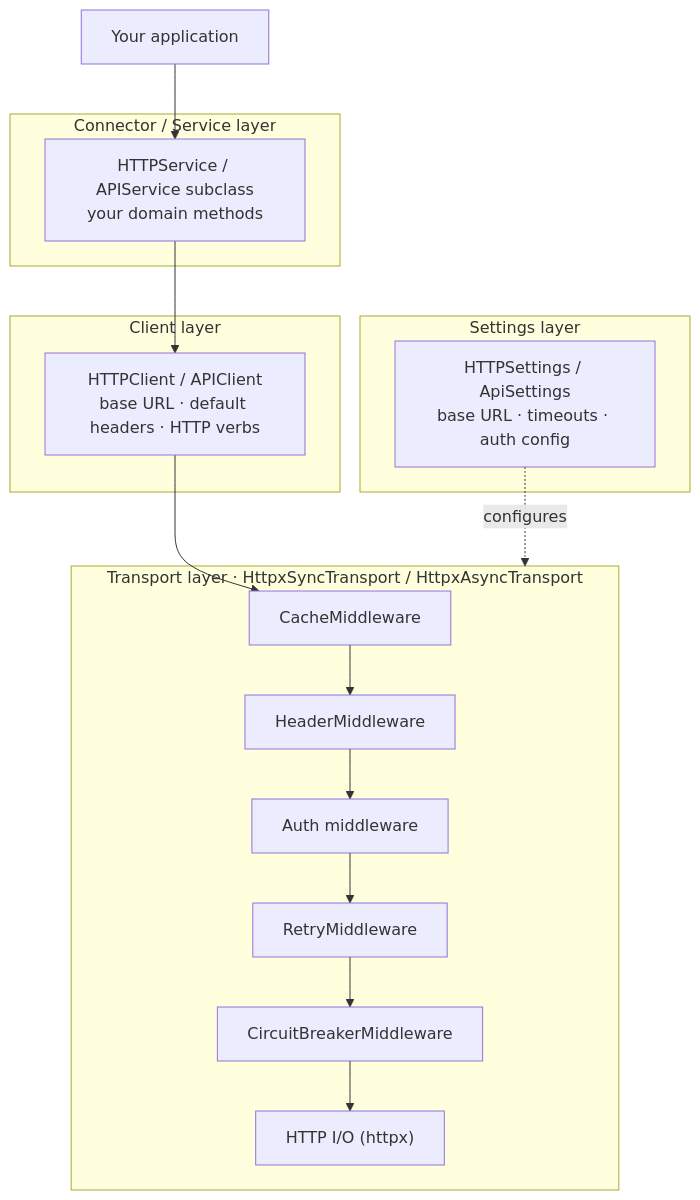
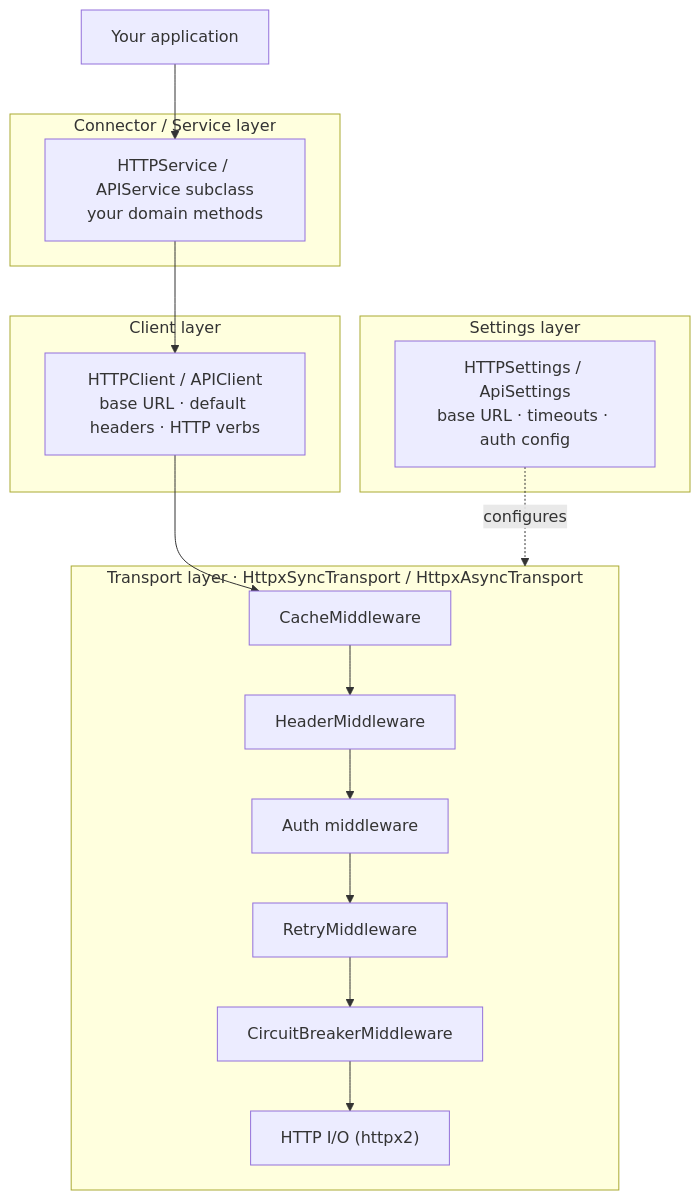
The first of 2 diagrams in docs/user/explanation/architecture.md (eschaar/plynt), drawn with Mermaid before and after one commit. The commit also changed other lines of this file and 36 other files, not shown here.

Commit message:
refactor(http): complete httpx2 migration cleanup and pylint fixes

````diff
--- a/docs/user/explanation/architecture.md
+++ b/docs/user/explanation/architecture.md
@@ -9,24 +9,24 @@
 ```mermaid
 graph TB
     App["Your application"]
 
     subgraph Connector["Connector / Service layer"]
         Service["HTTPService / APIService subclass\nyour domain methods"]
     end
 
     subgraph ClientLayer["Client layer"]
         Client["HTTPClient / APIClient\nbase URL · default headers · HTTP verbs"]
     end
 
     subgraph TransportLayer["Transport layer · HttpxSyncTransport / HttpxAsyncTransport"]
         CM["CacheMiddleware"] --> HM["HeaderMiddleware"] --> AM["Auth middleware"]
-        AM --> RM["RetryMiddleware"] --> CB["CircuitBreakerMiddleware"] --> IO["HTTP I/O (httpx)"]
+        AM --> RM["RetryMiddleware"] --> CB["CircuitBreakerMiddleware"] --> IO["HTTP I/O (httpx2)"]
     end
 
     subgraph SettingsLayer["Settings layer"]
         Settings["HTTPSettings / ApiSettings\nbase URL · timeouts · auth config"]
     end
 
     App --> Service --> Client --> CM
     Settings -.->|configures| TransportLayer
 ```
````
